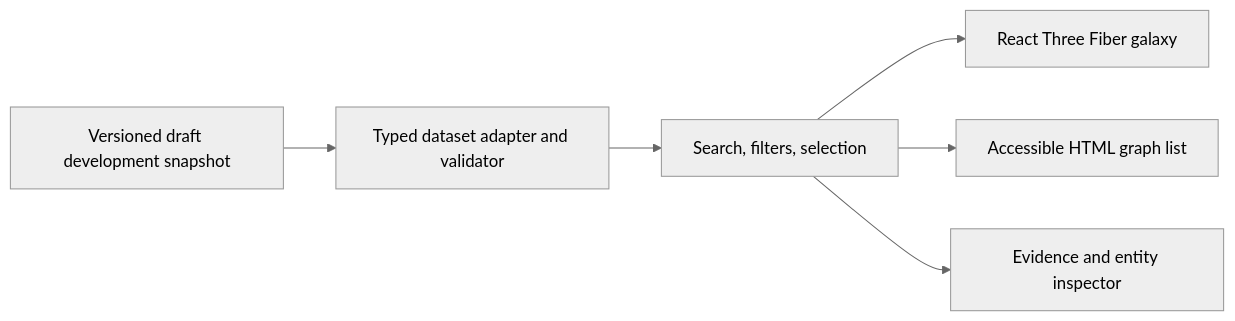
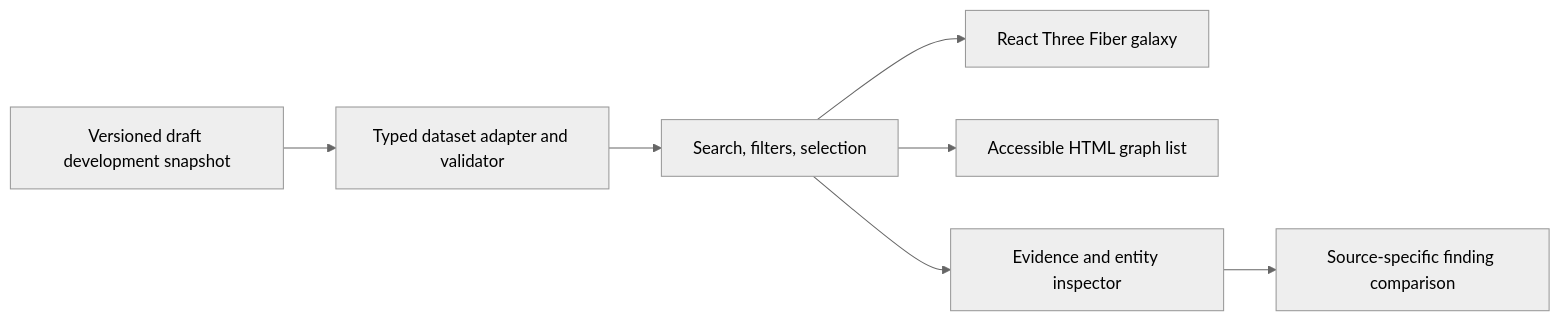
One commit to Enerep/discover-galaxy changed the first of 2 diagrams in docs/architecture.md. Above: the diagram before and after it, drawn with Mermaid (neutral theme). The commit also changed other lines of this file and 13 other files, not shown here.

````diff
--- a/docs/architecture.md
+++ b/docs/architecture.md
@@ -13,8 +13,9 @@
 ```mermaid
 flowchart LR
     Snapshot[Versioned draft development snapshot] --> Adapter[Typed dataset adapter and validator]
     Adapter --> State[Search, filters, selection]
     State --> Galaxy[React Three Fiber galaxy]
     State --> List[Accessible HTML graph list]
     State --> Inspector[Evidence and entity inspector]
+    Inspector --> Comparison[Source-specific finding comparison]
 ```
````
